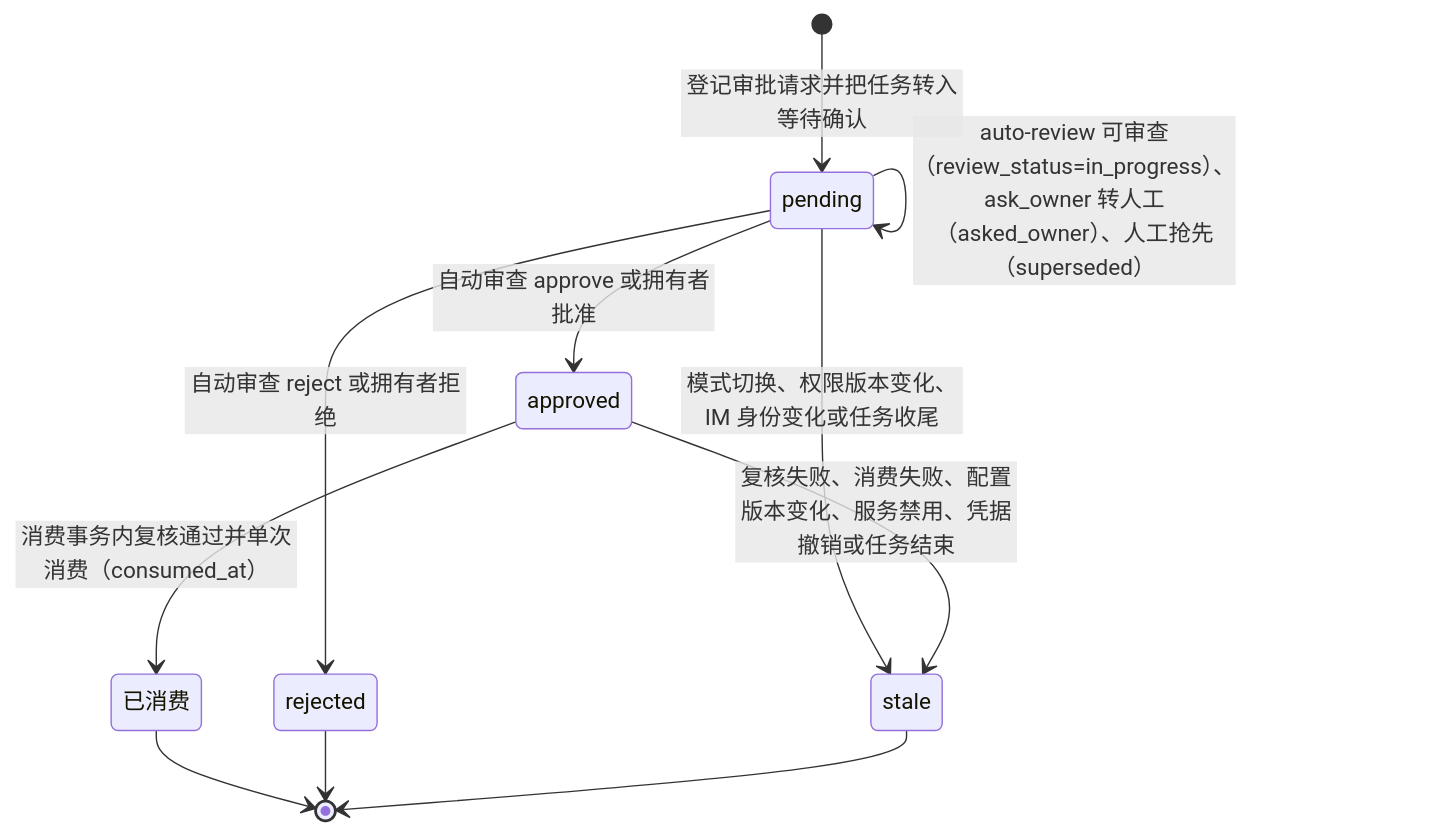
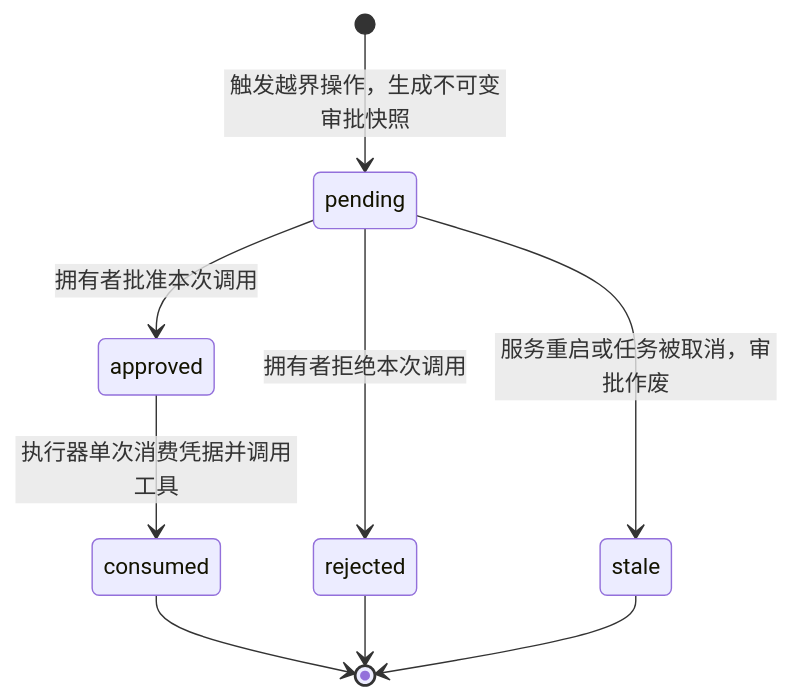
Before and after one commit to num-lab/Ruukoto: the first of 2 diagrams in docs/modules/agent-tools.md, drawn with Mermaid. The commit also changed other lines of this file and 19 other files, not shown here.

````diff
--- a/docs/modules/agent-tools.md
+++ b/docs/modules/agent-tools.md
@@ -137,13 +47,11 @@
 ```mermaid
 stateDiagram-v2
-  [*] --> pending: 登记审批请求并把任务转入等待确认
-  pending --> pending: auto-review 可审查（review_status=in_progress）、ask_owner 转人工（asked_owner）、人工抢先（superseded）
-  pending --> approved: 自动审查 approve 或拥有者批准
-  pending --> rejected: 自动审查 reject 或拥有者拒绝
-  pending --> stale: 模式切换、权限版本变化、IM 身份变化或任务收尾
-  approved --> 已消费: 消费事务内复核通过并单次消费（consumed_at）
-  approved --> stale: 复核失败、消费失败、配置版本变化、服务禁用、凭据撤销或任务结束
-  已消费 --> [*]
+  [*] --> pending: 触发越界操作，生成不可变审批快照
+  pending --> approved: 拥有者批准本次调用
+  pending --> rejected: 拥有者拒绝本次调用
+  pending --> stale: 服务重启或任务被取消，审批作废
+  approved --> consumed: 执行器单次消费凭据并调用工具
+  consumed --> [*]
   rejected --> [*]
   stale --> [*]
 ```
````
